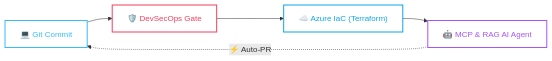
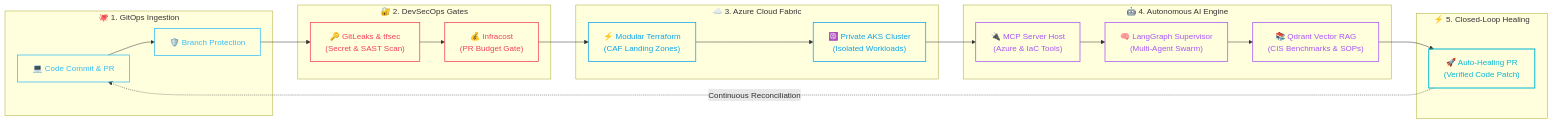
The diagram in README.md (Narendra232/Narendra232), drawn with Mermaid before and after one commit. The commit also changed other lines of this file, not shown here.

Commit message:
feat(ui): overhaul profile with elite visual aesthetic, SkillIcons, GitHub alert cards, and balanced layout

````diff
--- a/README.md
+++ b/README.md
@@ -202,17 +74,39 @@
 ```mermaid
 flowchart LR
-    A["💻 Git Commit"] --> B["🛡️ DevSecOps Gate"]
-    B --> C["☁️ Azure IaC (Terraform)"]
-    C --> D["🤖 MCP & RAG AI Agent"]
-    D -.->|⚡ Auto-PR| A
-    
-    classDef step fill:none,stroke:#38bdf8,stroke-width:2px,color:#38bdf8;
-    classDef sec fill:none,stroke:#f43f5e,stroke-width:2px,color:#f43f5e;
-    classDef cld fill:none,stroke:#0ea5e9,stroke-width:2px,color:#0ea5e9;
-    classDef ai fill:none,stroke:#a855f7,stroke-width:2px,color:#a855f7;
-    
-    class A step;
-    class B sec;
-    class C cld;
-    class D ai;
+    subgraph GITOPS["🐙 1. GitOps Ingestion"]
+        DEV["💻 Code Commit & PR"] --> GATE["🛡️ Branch Protection"]
+    end
+
+    subgraph SEC["🔐 2. DevSecOps Gates"]
+        GATE --> SCAN["🔑 GitLeaks & tfsec<br/>(Secret & SAST Scan)"]
+        SCAN --> FINOPS["💰 Infracost<br/>(PR Budget Gate)"]
+    end
+
+    subgraph CLOUD["☁️ 3. Azure Cloud Fabric"]
+        FINOPS --> TF["⚡ Modular Terraform<br/>(CAF Landing Zones)"]
+        TF --> AKS["☸️ Private AKS Cluster<br/>(Isolated Workloads)"]
+    end
+
+    subgraph AI["🤖 4. Autonomous AI Engine"]
+        AKS --> MCP["🔌 MCP Server Host<br/>(Azure & IaC Tools)"]
+        MCP --> AGENT["🧠 LangGraph Supervisor<br/>(Multi-Agent Swarm)"]
+        AGENT --> RAG["📚 Qdrant Vector RAG<br/>(CIS Benchmarks & SOPs)"]
+    end
+
+    subgraph HEAL["⚡ 5. Closed-Loop Healing"]
+        RAG --> AUTO_PR["🚀 Auto-Healing PR<br/>(Verified Code Patch)"]
+        AUTO_PR -.->|Continuous Reconciliation| DEV
+    end
+
+    classDef stage fill:none,stroke:#38bdf8,stroke-width:1.5px,color:#38bdf8;
+    classDef sec fill:none,stroke:#f43f5e,stroke-width:1.5px,color:#f43f5e;
+    classDef cld fill:none,stroke:#0ea5e9,stroke-width:1.5px,color:#0ea5e9;
+    classDef ai fill:none,stroke:#a855f7,stroke-width:1.5px,color:#a855f7;
+    classDef loop fill:none,stroke:#06b6d4,stroke-width:2px,color:#06b6d4;
+
+    class DEV,GATE stage;
+    class SCAN,FINOPS sec;
+    class TF,AKS cld;
+    class MCP,AGENT,RAG ai;
+    class AUTO_PR loop;
 ```
````
